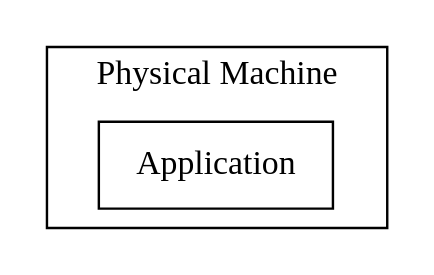
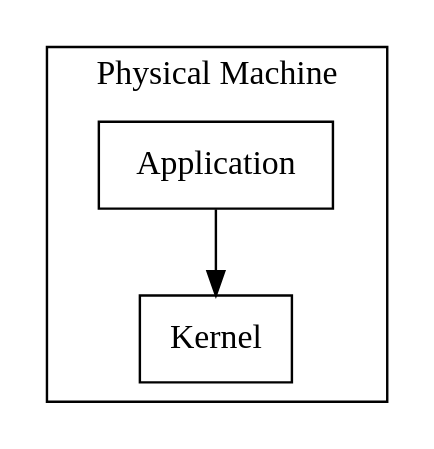
The first of 5 diagrams in src/deployment.md (ereslibre/applications-in-a-cloud-native-world), drawn with Graphviz before and after one commit. The commit also changed other lines of this file and 1 other file, not shown here.

````diff
--- a/src/deployment.md
+++ b/src/deployment.md
@@ -23,8 +23,10 @@
 ```dot process
 digraph D {
   subgraph cluster_p {
     label = "Physical Machine";
+    Kernel[shape=box];
     Application[shape=box];
+    Application -> Kernel;
   }
 }
 ```
````
